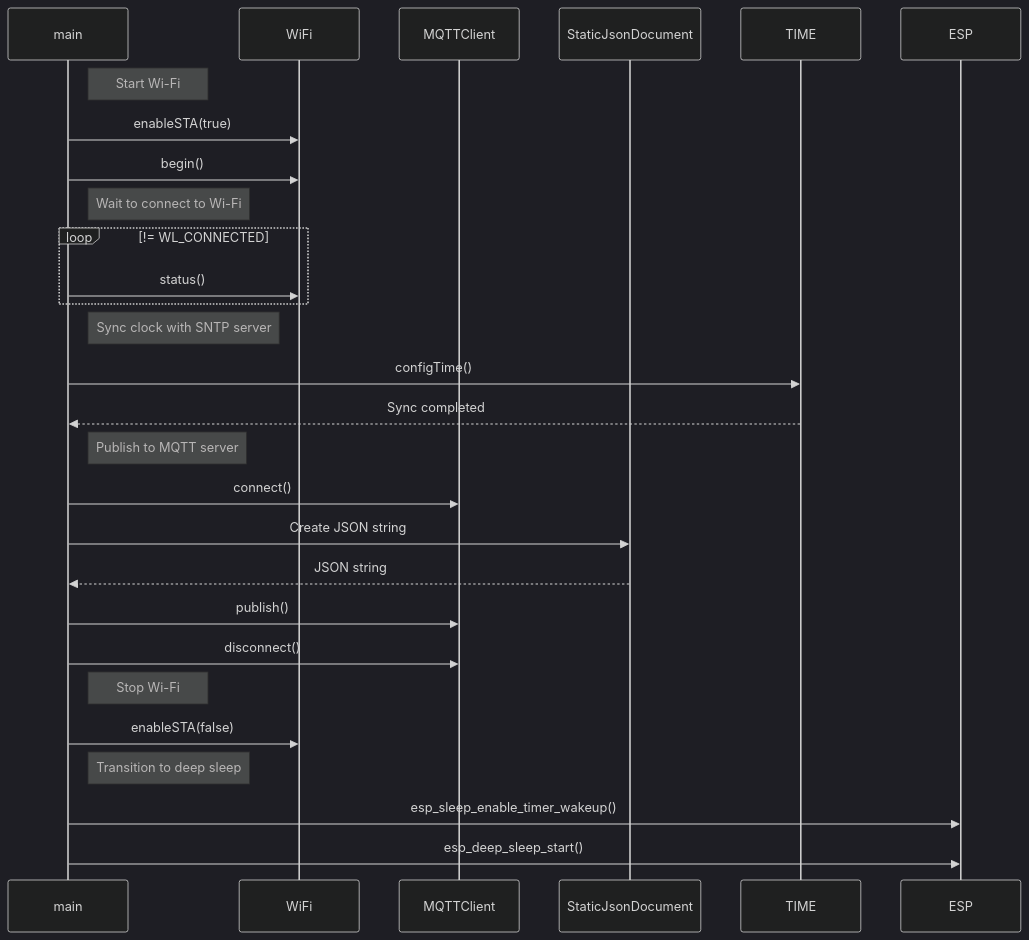
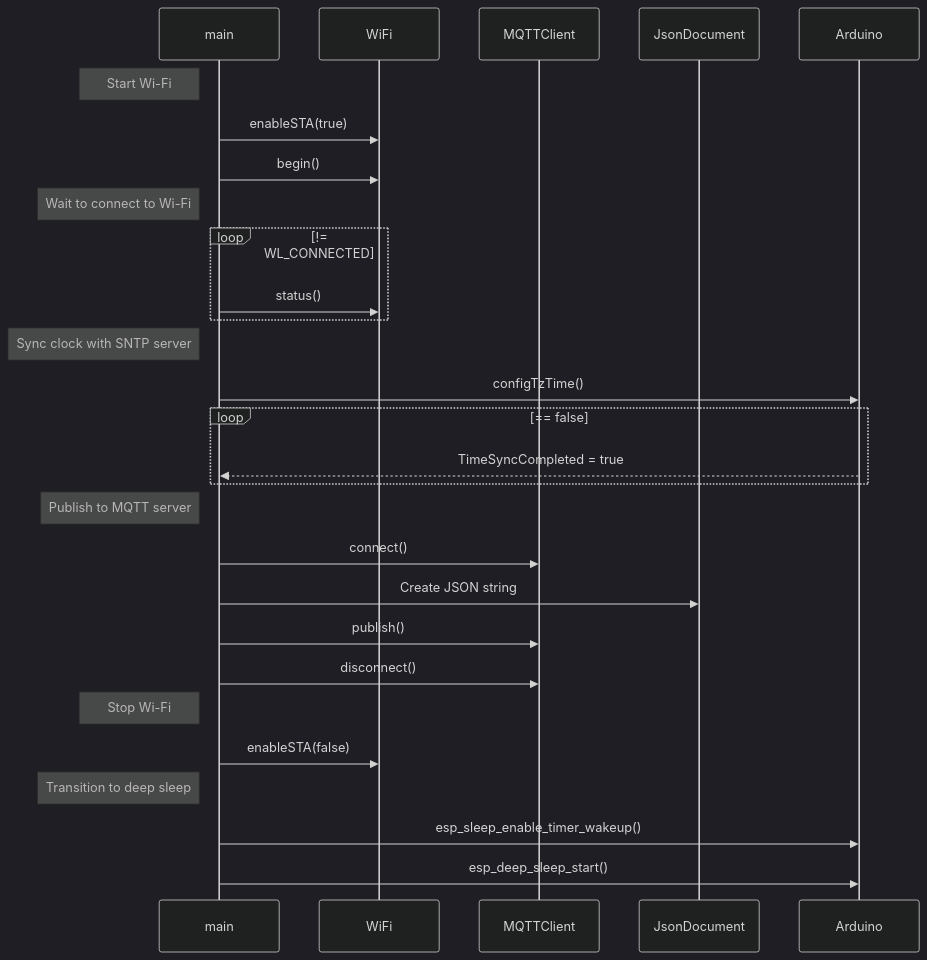
The second of 2 diagrams in src/WiFi/MqttsPubClientLP/README.md (SeeedJP/xiaoesp32c3_examples), drawn with Mermaid (dark theme) before and after one commit. The commit also changed 1 other file, not shown here.

Commit message:
Modify MqttsPubClientLP

````diff
--- a/src/WiFi/MqttsPubClientLP/README.md
+++ b/src/WiFi/MqttsPubClientLP/README.md
@@ -42,37 +42,37 @@
 ```mermaid
 
 sequenceDiagram
     participant main
     participant WiFi
     participant MQTTClient
-    participant StaticJsonDocument
-    participant TIME
-    participant ESP
+    participant JsonDocument
+    participant Arduino
 
-    note right of main: Start Wi-Fi
+    note left of main: Start Wi-Fi
     main->>WiFi: enableSTA(true)
     main->>WiFi: begin()
 
-    note right of main: Wait to connect to Wi-Fi
+    note left of main: Wait to connect to Wi-Fi
     loop != WL_CONNECTED
         main->>WiFi: status()
     end
 
-    note right of main: Sync clock with SNTP server
-    main->>TIME: configTime()
-    TIME-->>main: Sync completed
+    note left of main: Sync clock with SNTP server
+    main->>Arduino: configTzTime()
+    loop == false
+      Arduino-->>main: TimeSyncCompleted = true
+    end
 
-    note right of main: Publish to MQTT server
+    note left of main: Publish to MQTT server
     main->>MQTTClient: connect()
-    main->>StaticJsonDocument: Create JSON string
-    StaticJsonDocument-->>main: JSON string
+    main->>JsonDocument: Create JSON string
     main->>MQTTClient: publish()
     main->>MQTTClient: disconnect()
 
-    note right of main: Stop Wi-Fi
+    note left of main: Stop Wi-Fi
     main->>WiFi: enableSTA(false)
 
-    note right of main: Transition to deep sleep
-    main->>ESP: esp_sleep_enable_timer_wakeup()
-    main->>ESP: esp_deep_sleep_start()
+    note left of main: Transition to deep sleep
+    main->>Arduino: esp_sleep_enable_timer_wakeup()
+    main->>Arduino: esp_deep_sleep_start()
 ```
````
